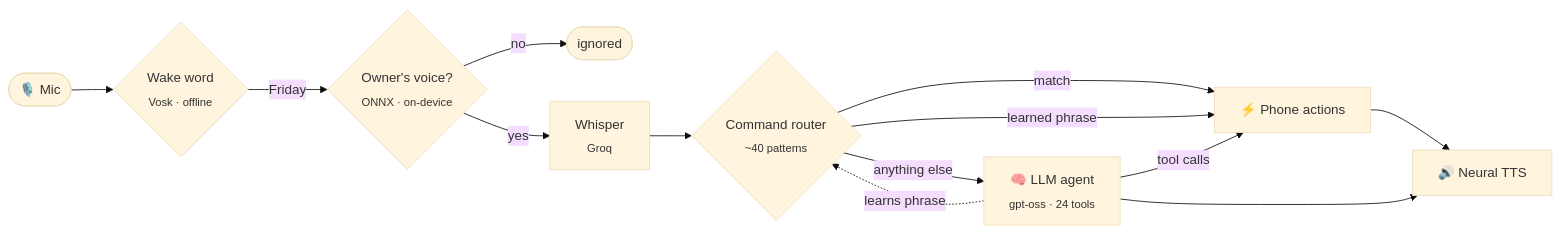
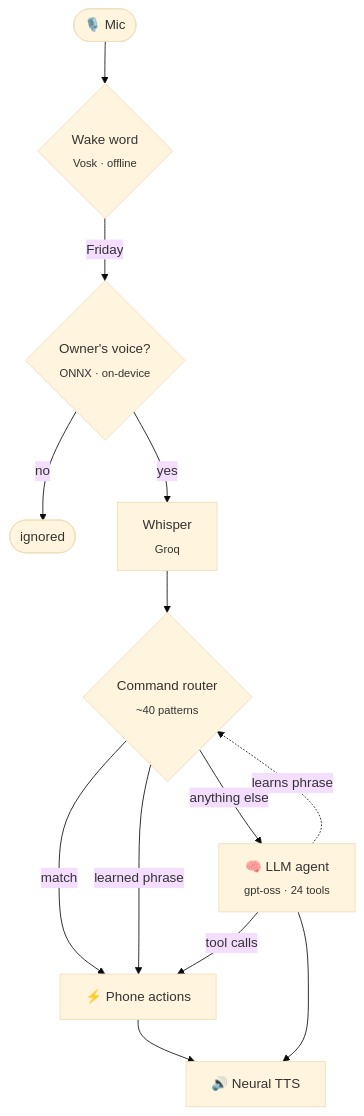
The diagram in README.md (n1dlee/friday-mobile), drawn with Mermaid (base theme) before and after one commit. The commit also changed 2 other files, not shown here.

Commit message:
Docs: top-down architecture diagram; CI: setup-java v5

````diff
--- a/README.md
+++ b/README.md
@@ -85,15 +85,15 @@
 ```mermaid
-flowchart LR
+flowchart TD
     A([🎙️ Mic]) --> B{Wake word<br/><sub>Vosk · offline</sub>}
     B -->|"Friday"| C{Owner's voice?<br/><sub>ONNX · on-device</sub>}
     C -->|no| X([ignored])
     C -->|yes| D[Whisper<br/><sub>Groq</sub>]
     D --> E{Command router<br/><sub>~40 patterns</sub>}
     E -->|match| F[⚡ Phone actions]
     E -->|learned phrase| F
     E -->|anything else| G[🧠 LLM agent<br/><sub>gpt-oss · 24 tools</sub>]
     G -->|tool calls| F
     G -.->|learns phrase| E
     F --> H[🔊 Neural TTS]
     G --> H
 ```
````
